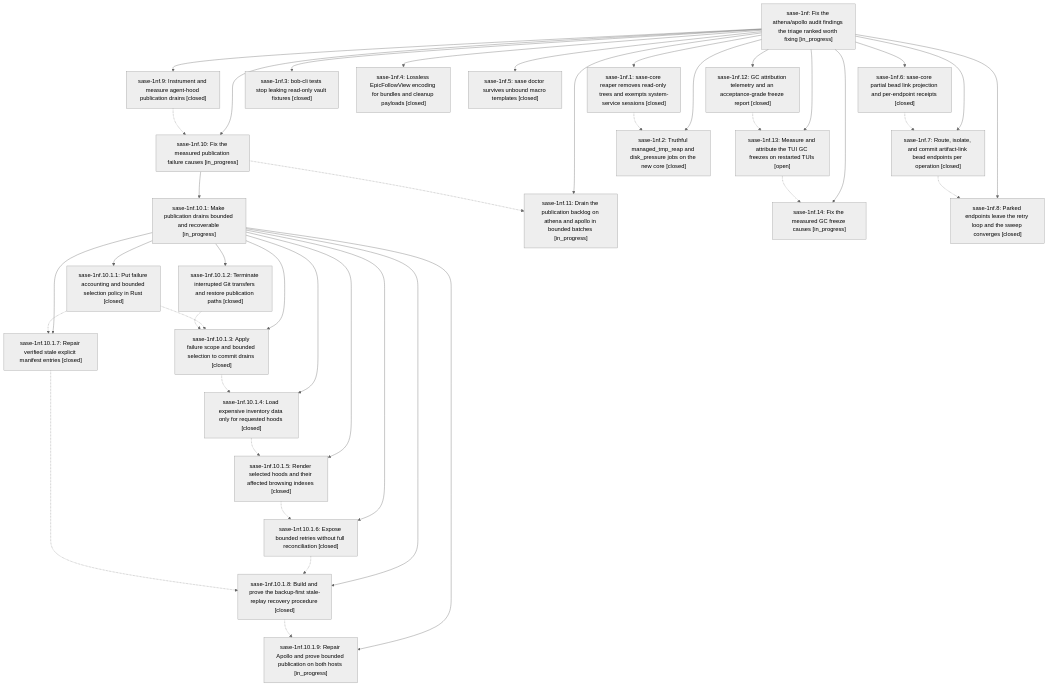
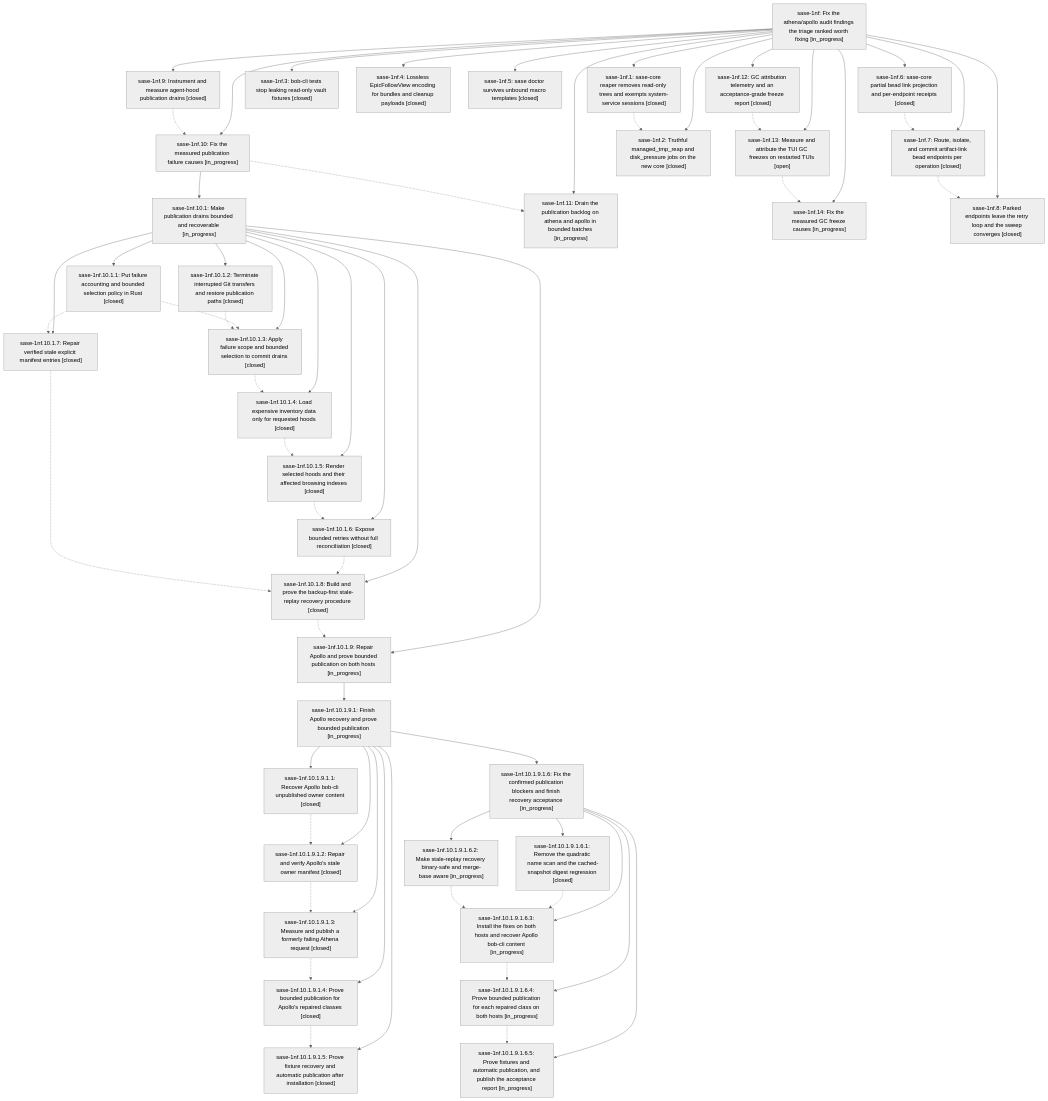
One commit to sase-org/sase--beads changed the diagram in pages/sase-1nf/README.md. Above: the diagram before and after it, drawn with Mermaid (neutral theme). The commit also changed other lines of this file and 13 other files, not shown here.

First line of the commit message:
chore(beads): sync bead state and pages for sase-1nf

````diff
--- a/pages/sase-1nf/README.md
+++ b/pages/sase-1nf/README.md
@@ -61,18 +61,30 @@
     n10["sase-1nf.10.1.7: Repair verified stale explicit manifest entries [closed]"]
     n11["sase-1nf.10.1.8: Build and prove the backup-first stale-replay recovery procedure [closed]"]
     n12["sase-1nf.10.1.9: Repair Apollo and prove bounded publication on both hosts [in_progress]"]
-    n13["sase-1nf.11: Drain the publication backlog on athena and apollo in bounded batches [in_progress]"]
-    n14["sase-1nf.12: GC attribution telemetry and an acceptance-grade freeze report [closed]"]
-    n15["sase-1nf.13: Measure and attribute the TUI GC freezes on restarted TUIs [open]"]
-    n16["sase-1nf.14: Fix the measured GC freeze causes [in_progress]"]
-    n17["sase-1nf.2: Truthful managed_tmp_reap and disk_pressure jobs on the new core [closed]"]
-    n18["sase-1nf.3: bob-cli tests stop leaking read-only vault fixtures [closed]"]
-    n19["sase-1nf.4: Lossless EpicFollowView encoding for bundles and cleanup payloads [closed]"]
-    n20["sase-1nf.5: sase doctor survives unbound macro templates [closed]"]
-    n21["sase-1nf.6: sase-core partial bead link projection and per-endpoint receipts [closed]"]
-    n22["sase-1nf.7: Route, isolate, and commit artifact-link bead endpoints per operation [closed]"]
-    n23["sase-1nf.8: Parked endpoints leave the retry loop and the sweep converges [closed]"]
-    n24["sase-1nf.9: Instrument and measure agent-hood publication drains [closed]"]
+    n13["sase-1nf.10.1.9.1: Finish Apollo recovery and prove bounded publication [in_progress]"]
+    n14["sase-1nf.10.1.9.1.1: Recover Apollo bob-cli unpublished owner content [closed]"]
+    n15["sase-1nf.10.1.9.1.2: Repair and verify Apollo's stale owner manifest [closed]"]
+    n16["sase-1nf.10.1.9.1.3: Measure and publish a formerly failing Athena request [closed]"]
+    n17["sase-1nf.10.1.9.1.4: Prove bounded publication for Apollo's repaired classes [closed]"]
+    n18["sase-1nf.10.1.9.1.5: Prove fixture recovery and automatic publication after installation [closed]"]
+    n19["sase-1nf.10.1.9.1.6: Fix the confirmed publication blockers and finish recovery acceptance [in_progress]"]
+    n20["sase-1nf.10.1.9.1.6.1: Remove the quadratic name scan and the cached-snapshot digest regression [closed]"]
+    n21["sase-1nf.10.1.9.1.6.2: Make stale-replay recovery binary-safe and merge-base aware [in_progress]"]
+    n22["sase-1nf.10.1.9.1.6.3: Install the fixes on both hosts and recover Apollo bob-cli content [in_progress]"]
+    n23["sase-1nf.10.1.9.1.6.4: Prove bounded publication for each repaired class on both hosts [in_progress]"]
+    n24["sase-1nf.10.1.9.1.6.5: Prove fixtures and automatic publication, and publish the acceptance report [in_progress]"]
+    n25["sase-1nf.11: Drain the publication backlog on athena and apollo in bounded batches [in_progress]"]
+    n26["sase-1nf.12: GC attribution telemetry and an acceptance-grade freeze report [closed]"]
+    n27["sase-1nf.13: Measure and attribute the TUI GC freezes on restarted TUIs [open]"]
+    n28["sase-1nf.14: Fix the measured GC freeze causes [in_progress]"]
+    n29["sase-1nf.2: Truthful managed_tmp_reap and disk_pressure jobs on the new core [closed]"]
+    n30["sase-1nf.3: bob-cli tests stop leaking read-only vault fixtures [closed]"]
+    n31["sase-1nf.4: Lossless EpicFollowView encoding for bundles and cleanup payloads [closed]"]
+    n32["sase-1nf.5: sase doctor survives unbound macro templates [closed]"]
+    n33["sase-1nf.6: sase-core partial bead link projection and per-endpoint receipts [closed]"]
+    n34["sase-1nf.7: Route, isolate, and commit artifact-link bead endpoints per operation [closed]"]
+    n35["sase-1nf.8: Parked endpoints leave the retry loop and the sweep converges [closed]"]
+    n36["sase-1nf.9: Instrument and measure agent-hood publication drains [closed]"]
     n0 --> n1
     n0 --> n2
     n2 --> n3
@@ -85,20 +97,32 @@
     n3 --> n10
     n3 --> n11
     n3 --> n12
-    n0 --> n13
-    n0 --> n14
-    n0 --> n15
-    n0 --> n16
-    n0 --> n17
-    n0 --> n18
-    n0 --> n19
-    n0 --> n20
-    n0 --> n21
-    n0 --> n22
-    n0 --> n23
-    n0 --> n24
-    n1 -.-> n17
-    n2 -.-> n13
+    n12 --> n13
+    n13 --> n14
+    n13 --> n15
+    n13 --> n16
+    n13 --> n17
+    n13 --> n18
+    n13 --> n19
+    n19 --> n20
+    n19 --> n21
+    n19 --> n22
+    n19 --> n23
+    n19 --> n24
+    n0 --> n25
+    n0 --> n26
+    n0 --> n27
+    n0 --> n28
+    n0 --> n29
+    n0 --> n30
+    n0 --> n31
+    n0 --> n32
+    n0 --> n33
+    n0 --> n34
+    n0 --> n35
+    n0 --> n36
+    n1 -.-> n29
+    n2 -.-> n25
     n4 -.-> n6
     n4 -.-> n10
     n5 -.-> n6
@@ -110,7 +134,15 @@
     n11 -.-> n12
     n14 -.-> n15
     n15 -.-> n16
+    n16 -.-> n17
+    n17 -.-> n18
+    n20 -.-> n22
     n21 -.-> n22
     n22 -.-> n23
-    n24 -.-> n2
+    n23 -.-> n24
+    n26 -.-> n27
+    n27 -.-> n28
+    n33 -.-> n34
+    n34 -.-> n35
+    n36 -.-> n2
 ```
````
